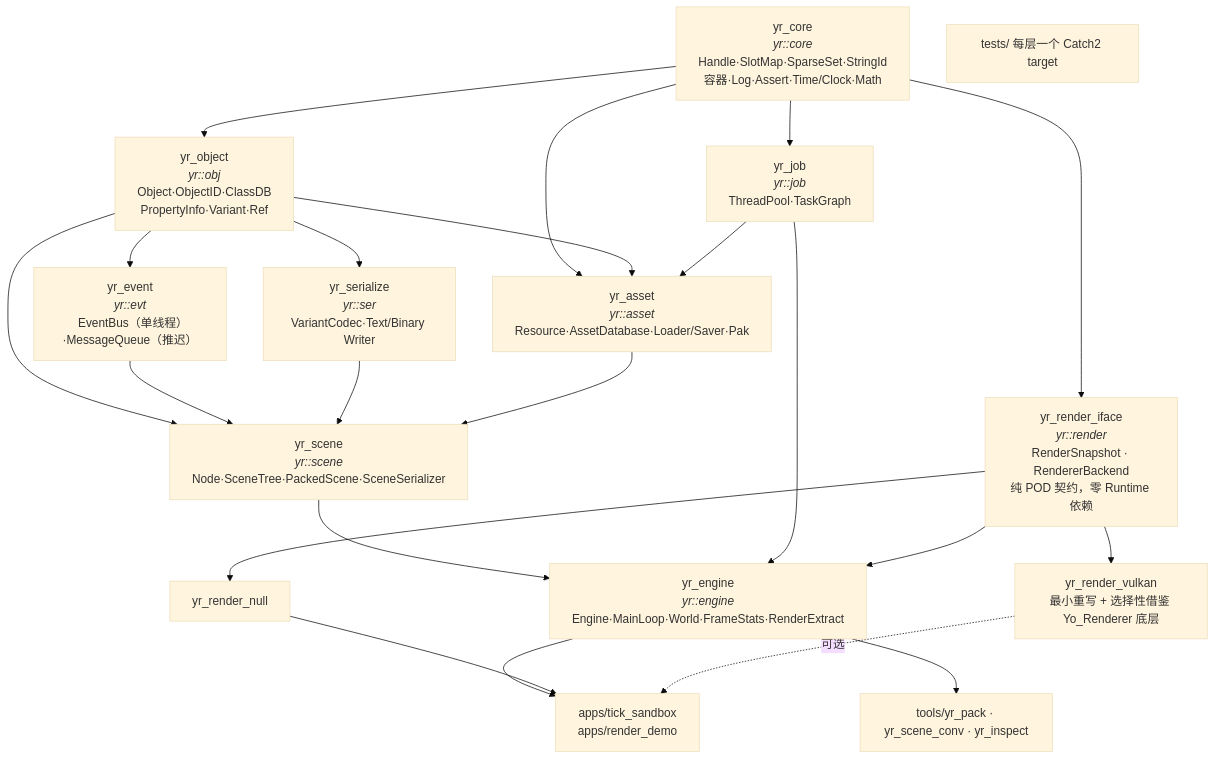
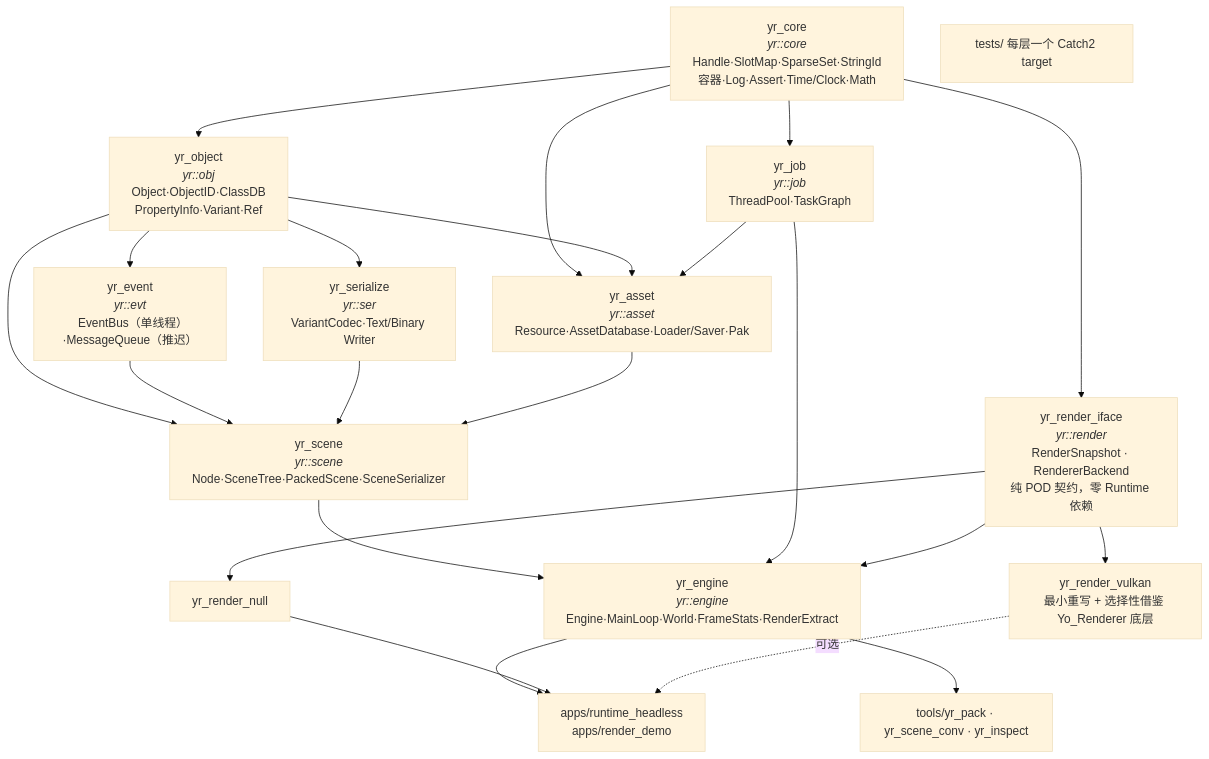
Before and after one commit to yoyorm/YRuntime: the first of 2 diagrams in doc/01-architecture.md, drawn with Mermaid (base theme). The commit also changed other lines of this file and 26 other files, not shown here.

````diff
--- a/doc/01-architecture.md
+++ b/doc/01-architecture.md
@@ -29,40 +29,40 @@
 ```mermaid
 graph TD
     CORE["yr_core<br/><i>yr::core</i><br/>Handle·SlotMap·SparseSet·StringId<br/>容器·Log·Assert·Time/Clock·Math"]
 
     JOB["yr_job<br/><i>yr::job</i><br/>ThreadPool·TaskGraph"]
     OBJ["yr_object<br/><i>yr::obj</i><br/>Object·ObjectID·ClassDB<br/>PropertyInfo·Variant·Ref"]
     RIF["yr_render_iface<br/><i>yr::render</i><br/>RenderSnapshot · RendererBackend<br/>纯 POD 契约，零 Runtime 依赖"]
 
     EVT["yr_event<br/><i>yr::evt</i><br/>EventBus（单线程）·MessageQueue（推迟）"]
     SER["yr_serialize<br/><i>yr::ser</i><br/>VariantCodec·Text/Binary Writer"]
     AST["yr_asset<br/><i>yr::asset</i><br/>Resource·AssetDatabase·Loader/Saver·Pak"]
 
     SCN["yr_scene<br/><i>yr::scene</i><br/>Node·SceneTree·PackedScene·SceneSerializer"]
     ENG["yr_engine<br/><i>yr::engine</i><br/>Engine·MainLoop·World·FrameStats·RenderExtract"]
 
     RNULL["yr_render_null"]
     RVK["yr_render_vulkan<br/>最小重写 + 选择性借鉴 Yo_Renderer 底层"]
 
-    APPS["apps/tick_sandbox<br/>apps/render_demo"]
+    APPS["apps/runtime_headless<br/>apps/render_demo"]
     TOOLS["tools/yr_pack · yr_scene_conv · yr_inspect"]
     TESTS["tests/ 每层一个 Catch2 target"]
 
     CORE --> JOB & OBJ & RIF
     OBJ --> EVT & SER
     CORE --> AST
     OBJ --> AST
     JOB --> AST
     OBJ --> SCN
     EVT --> SCN
     SER --> SCN
     AST --> SCN
     SCN --> ENG
     JOB --> ENG
     RIF --> ENG
     ENG --> APPS
     RIF --> RNULL & RVK
     RNULL --> APPS
     RVK -.->|"可选"| APPS
     ENG --> TOOLS
 ```
````
